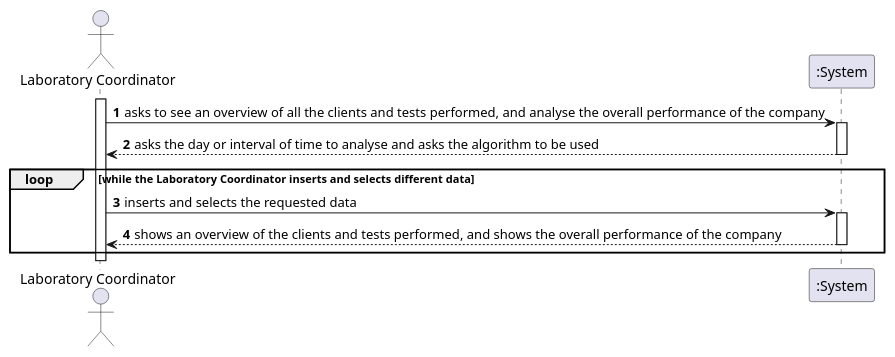
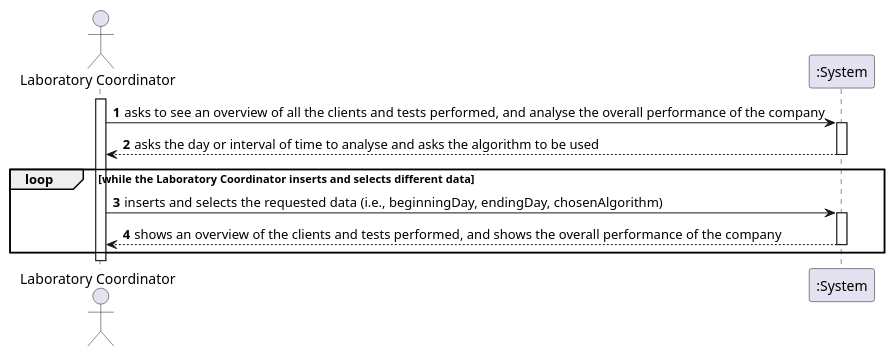
The diagram in docs/SprintD/US_16/US16_SSD.puml (ana-albergaria/LAPR2-ISEP), drawn with PlantUML before and after one commit. The commit also changed 13 other files, not shown here.

```diff
--- a/docs/SprintD/US_16/US16_SSD.puml
+++ b/docs/SprintD/US_16/US16_SSD.puml
@@ -1,18 +1,18 @@
 @startuml
 autonumber
 actor "Laboratory Coordinator" as LC
 
 activate LC
 LC-> ":System" : asks to see an overview of all the clients and tests performed, and analyse the overall performance of the company
 activate ":System"
 ":System" --> LC : asks the day or interval of time to analyse and asks the algorithm to be used
 deactivate ":System"
 
 loop while the Laboratory Coordinator inserts and selects different data
-LC-> ":System" : inserts and selects the requested data
+LC-> ":System" : inserts and selects the requested data (i.e., beginningDay, endingDay, chosenAlgorithm)
 activate ":System"
 ":System" --> LC : shows an overview of the clients and tests performed, and shows the overall performance of the company
 deactivate ":System"
 end
 
 @enduml
```
